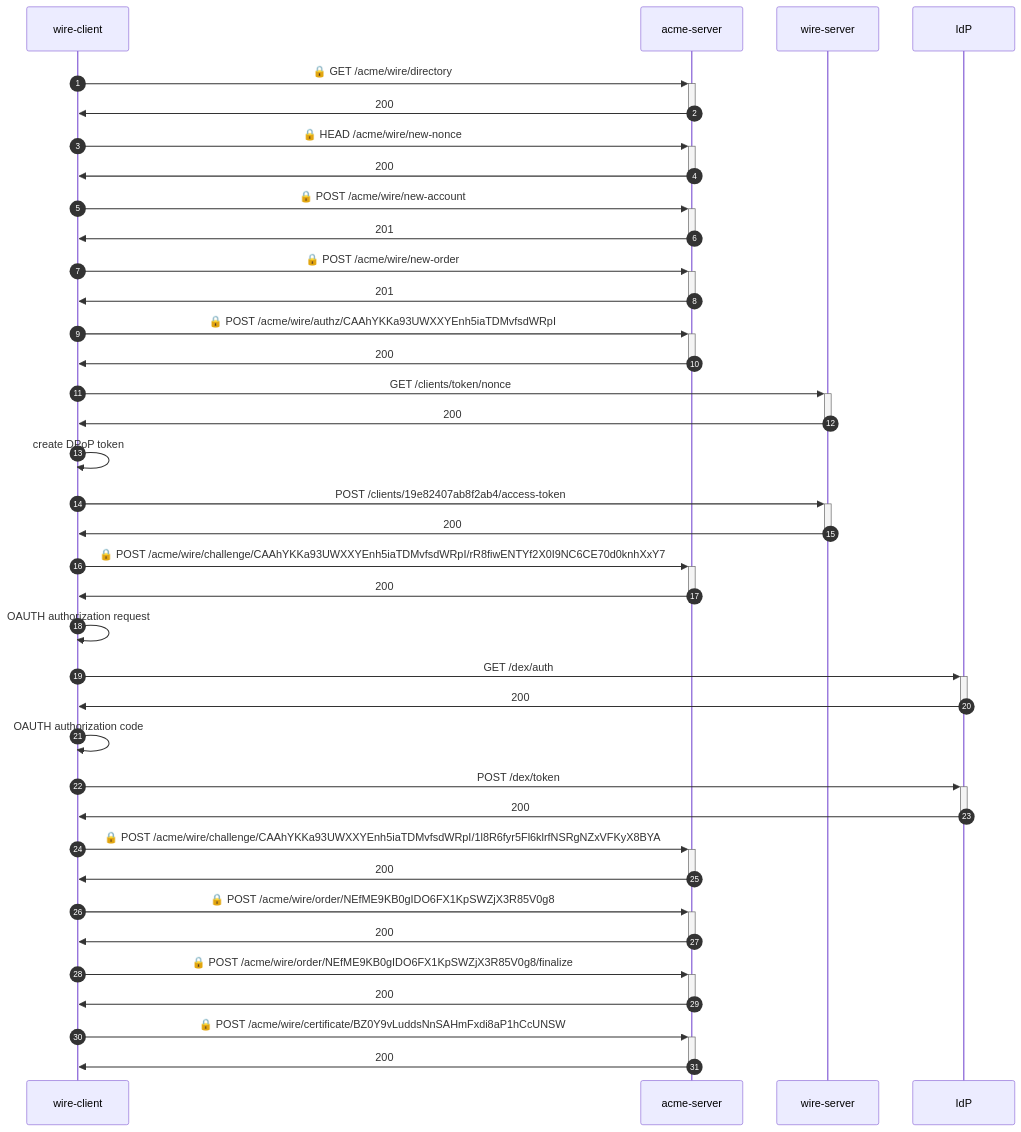
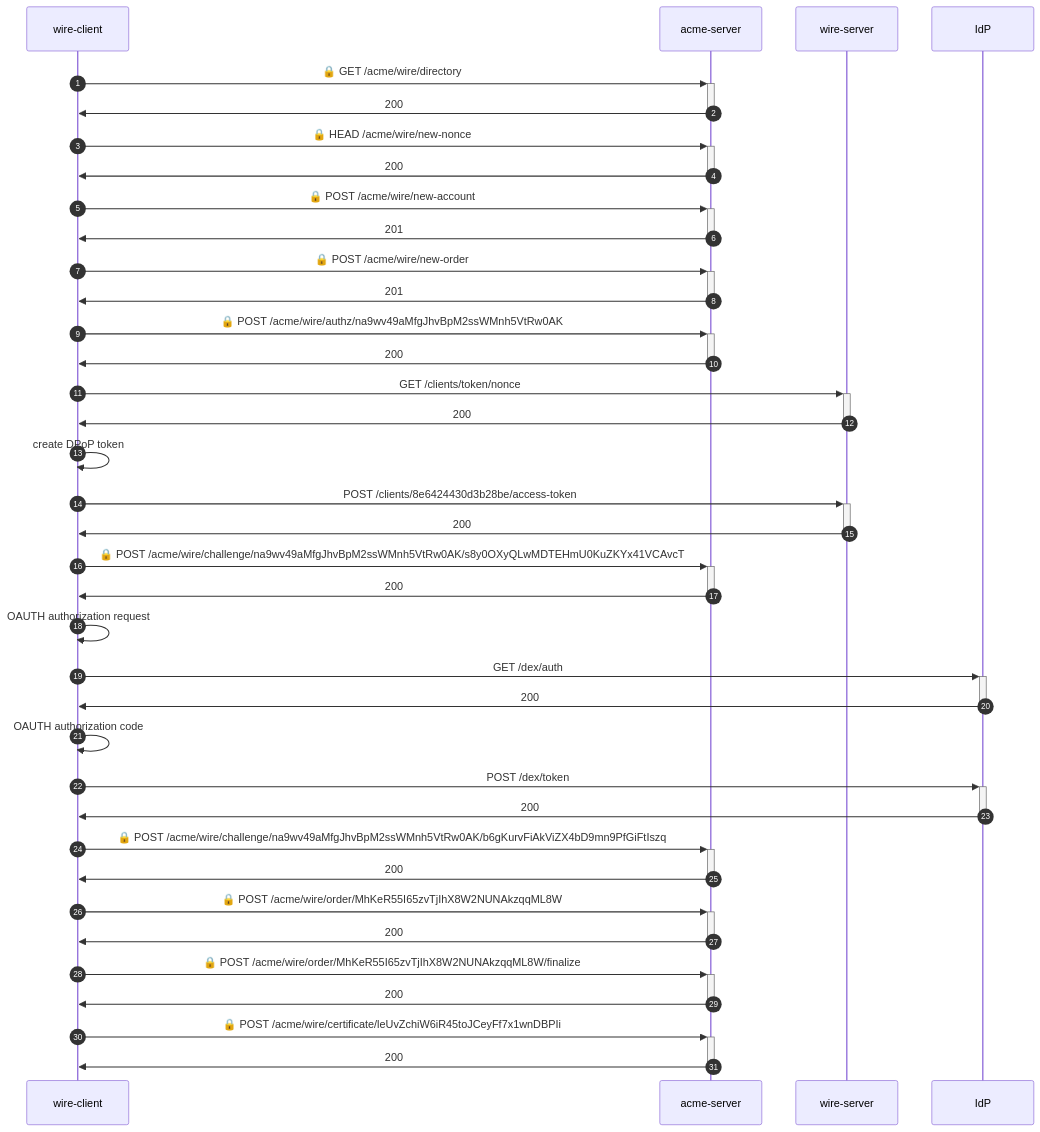
One commit to wireapp/rusty-jwt-tools changed the diagram in e2e-identity/README.md. Above: the diagram before and after it, drawn with Mermaid. The commit also changed other lines of this file and 6 other files, not shown here.

````diff
--- a/e2e-identity/README.md
+++ b/e2e-identity/README.md
@@ -3,35 +3,35 @@
 ```mermaid
 sequenceDiagram
     autonumber
     wire-client->>+acme-server: 🔒 GET /acme/wire/directory
     acme-server->>-wire-client: 200
     wire-client->>+acme-server: 🔒 HEAD /acme/wire/new-nonce
     acme-server->>-wire-client: 200
     wire-client->>+acme-server: 🔒 POST /acme/wire/new-account
     acme-server->>-wire-client: 201
     wire-client->>+acme-server: 🔒 POST /acme/wire/new-order
     acme-server->>-wire-client: 201
-    wire-client->>+acme-server: 🔒 POST /acme/wire/authz/CAAhYKKa93UWXXYEnh5iaTDMvfsdWRpI
+    wire-client->>+acme-server: 🔒 POST /acme/wire/authz/na9wv49aMfgJhvBpM2ssWMnh5VtRw0AK
     acme-server->>-wire-client: 200
     wire-client->>+wire-server:  GET /clients/token/nonce
     wire-server->>-wire-client: 200
     wire-client->>wire-client: create DPoP token
-    wire-client->>+wire-server:  POST /clients/19e82407ab8f2ab4/access-token
+    wire-client->>+wire-server:  POST /clients/8e6424430d3b28be/access-token
     wire-server->>-wire-client: 200
-    wire-client->>+acme-server: 🔒 POST /acme/wire/challenge/CAAhYKKa93UWXXYEnh5iaTDMvfsdWRpI/rR8fiwENTYf2X0I9NC6CE70d0knhXxY7
+    wire-client->>+acme-server: 🔒 POST /acme/wire/challenge/na9wv49aMfgJhvBpM2ssWMnh5VtRw0AK/s8y0OXyQLwMDTEHmU0KuZKYx41VCAvcT
     acme-server->>-wire-client: 200
     wire-client->>wire-client: OAUTH authorization request
     wire-client->>+IdP:  GET /dex/auth
     IdP->>-wire-client: 200
     wire-client->>wire-client: OAUTH authorization code
     wire-client->>+IdP:  POST /dex/token
     IdP->>-wire-client: 200
-    wire-client->>+acme-server: 🔒 POST /acme/wire/challenge/CAAhYKKa93UWXXYEnh5iaTDMvfsdWRpI/1l8R6fyr5Fl6klrfNSRgNZxVFKyX8BYA
+    wire-client->>+acme-server: 🔒 POST /acme/wire/challenge/na9wv49aMfgJhvBpM2ssWMnh5VtRw0AK/b6gKurvFiAkViZX4bD9mn9PfGiFtIszq
     acme-server->>-wire-client: 200
-    wire-client->>+acme-server: 🔒 POST /acme/wire/order/NEfME9KB0gIDO6FX1KpSWZjX3R85V0g8
+    wire-client->>+acme-server: 🔒 POST /acme/wire/order/MhKeR55I65zvTjIhX8W2NUNAkzqqML8W
     acme-server->>-wire-client: 200
-    wire-client->>+acme-server: 🔒 POST /acme/wire/order/NEfME9KB0gIDO6FX1KpSWZjX3R85V0g8/finalize
+    wire-client->>+acme-server: 🔒 POST /acme/wire/order/MhKeR55I65zvTjIhX8W2NUNAkzqqML8W/finalize
     acme-server->>-wire-client: 200
-    wire-client->>+acme-server: 🔒 POST /acme/wire/certificate/BZ0Y9vLuddsNnSAHmFxdi8aP1hCcUNSW
+    wire-client->>+acme-server: 🔒 POST /acme/wire/certificate/leUvZchiW6iR45toJCeyFf7x1wnDBPIi
     acme-server->>-wire-client: 200
 ```
````
